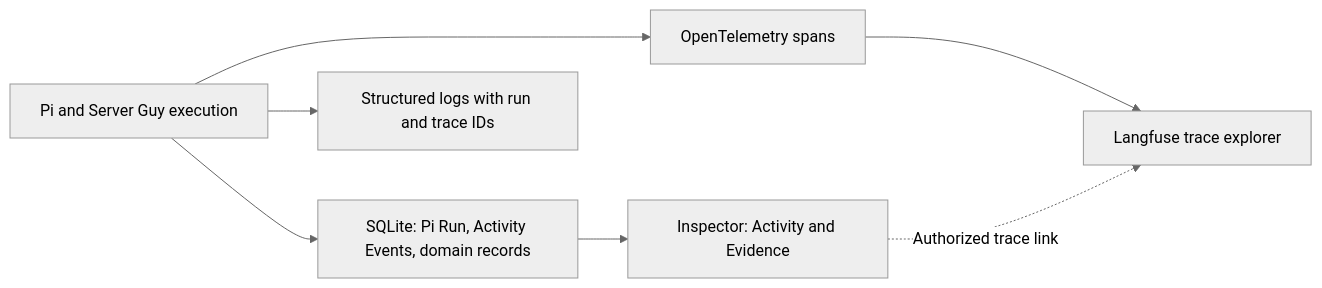
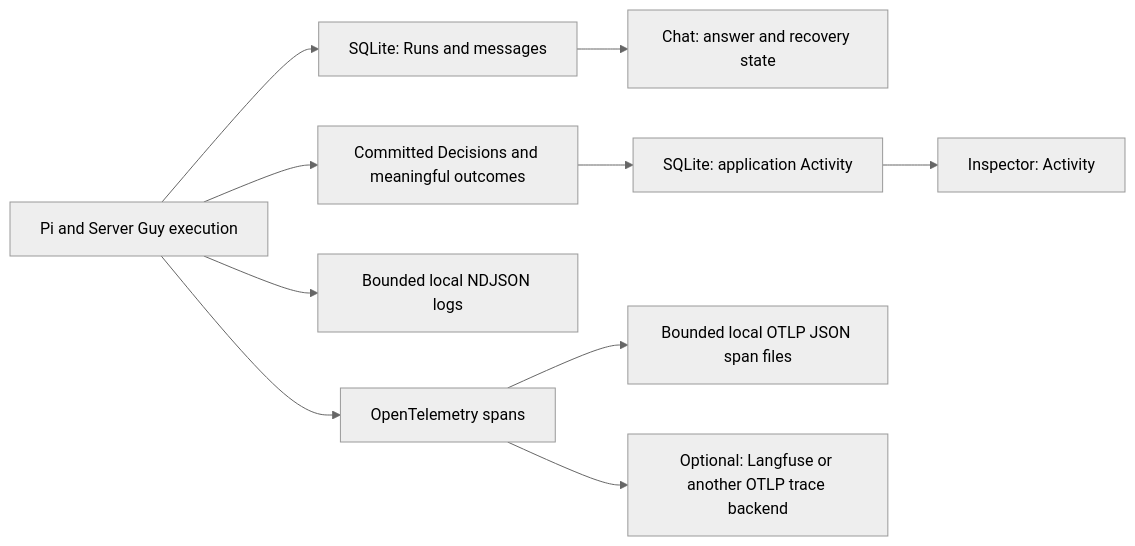
One commit to lustoykov/hallvi changed the diagram in docs/specs/action-history-and-tracing.md. Above: the diagram before and after it, drawn with Mermaid (neutral theme). The commit also changed other lines of this file and 47 other files, not shown here.

First line of the commit message:
Meaningful Activity, local logs and spans, and optional trace export (#16)

````diff
--- a/docs/specs/action-history-and-tracing.md
+++ b/docs/specs/action-history-and-tracing.md
@@ -44,9 +69,12 @@
 ```mermaid
 flowchart LR
-    E[Pi and Server Guy execution] --> D[SQLite: Pi Run, Activity Events, domain records]
-    D --> U[Inspector: Activity and Evidence]
+    E[Pi and Server Guy execution] --> D[SQLite: Runs and messages]
+    D --> C[Chat: answer and recovery state]
+    E --> O[Committed Decisions and meaningful outcomes]
+    O --> A[SQLite: application Activity]
+    A --> U[Inspector: Activity]
+    E --> G[Bounded local NDJSON logs]
     E --> T[OpenTelemetry spans]
-    T --> L[Langfuse trace explorer]
-    E --> G[Structured logs with run and trace IDs]
-    U -. Authorized trace link .-> L
+    T --> F[Bounded local OTLP JSON span files]
+    T --> L[Optional: Langfuse or another OTLP trace backend]
 ```
````
